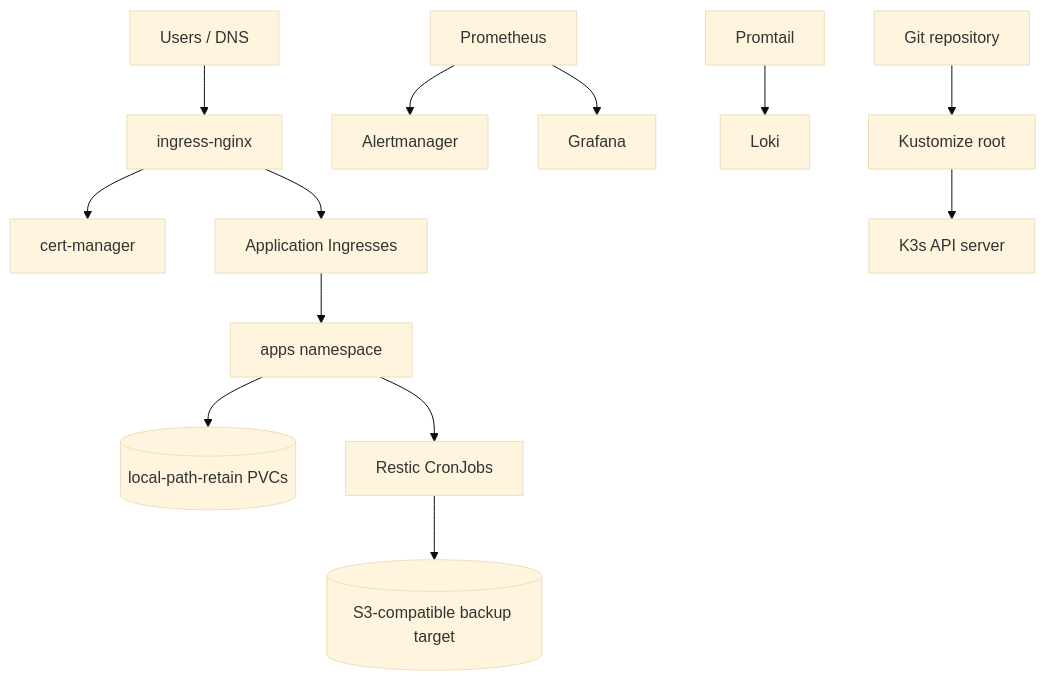
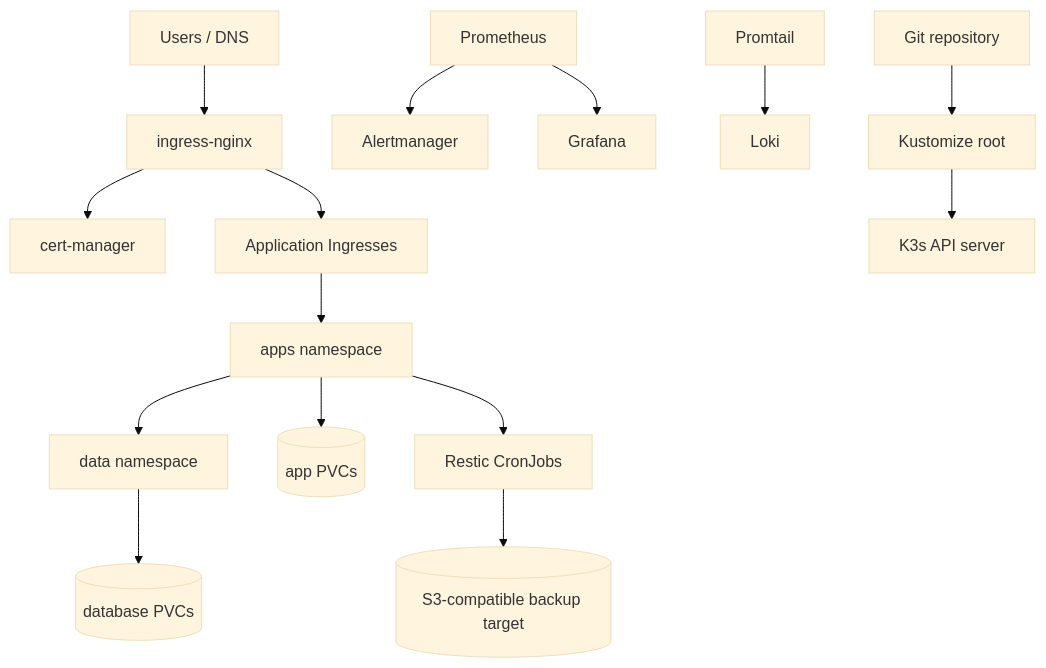
One commit to AnouarMohamed/k3s-platform changed the diagram in README.md. Above: the diagram before and after it, drawn with Mermaid (base theme). The commit also changed other lines of this file and 29 other files, not shown here.

````diff
--- a/README.md
+++ b/README.md
@@ -58,15 +58,17 @@
 ```mermaid
 flowchart TB
   users[Users / DNS] --> ingress[ingress-nginx]
   ingress --> certs[cert-manager]
   ingress --> appIngress[Application Ingresses]
   appIngress --> apps[apps namespace]
-  apps --> pvc[(local-path-retain PVCs)]
+  apps --> data[data namespace]
+  apps --> pvc[(app PVCs)]
+  data --> dbpvc[(database PVCs)]
   apps --> backups[Restic CronJobs]
   backups --> s3[(S3-compatible backup target)]
   prom[Prometheus] --> alertmanager[Alertmanager]
   prom --> grafana[Grafana]
   logs[Promtail] --> loki[Loki]
   git[Git repository] --> kustomize[Kustomize root]
   kustomize --> api[K3s API server]
 ```
````
